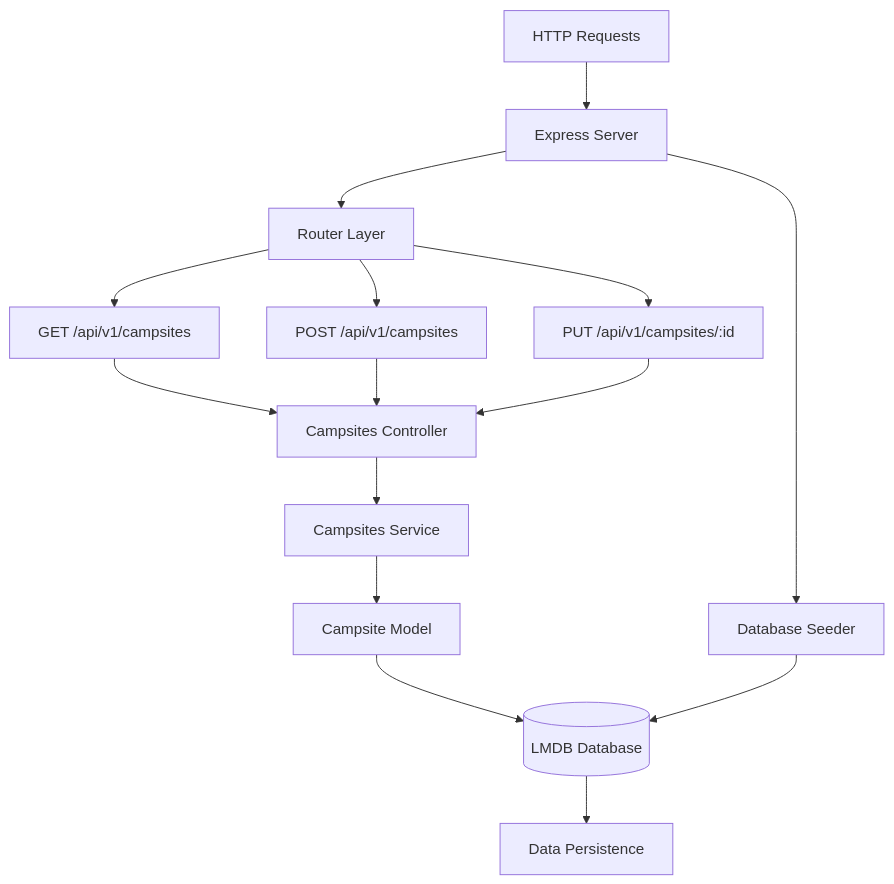
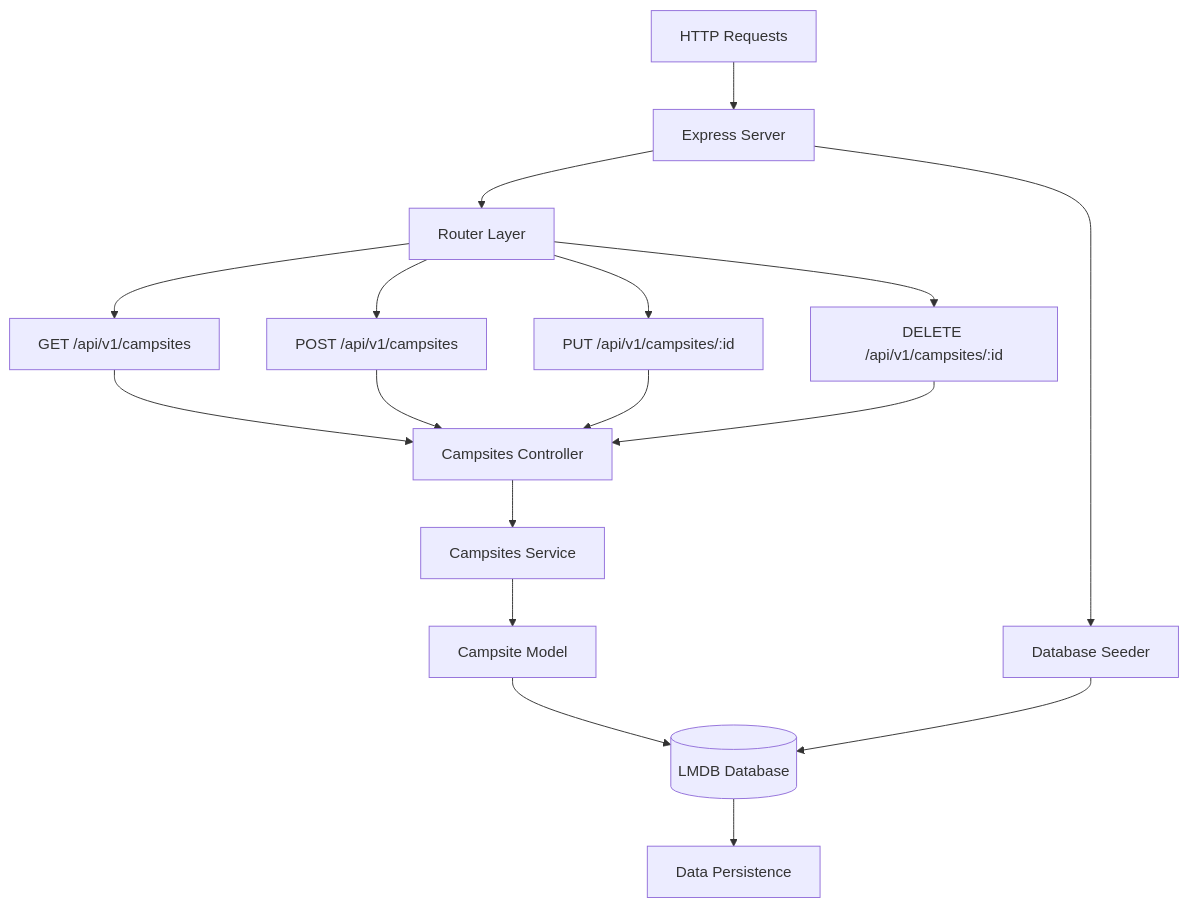
The second of 2 diagrams in README.md (baileydunning/campsights), drawn with Mermaid before and after one commit. The commit also changed other lines of this file, not shown here.

````diff
--- a/README.md
+++ b/README.md
@@ -74,22 +78,24 @@
 ```mermaid
 flowchart TD
     A[HTTP Requests] --> B[Express Server]
     B --> C[Router Layer]
     
     C --> D[GET /api/v1/campsites]
     C --> E[POST /api/v1/campsites]
     C --> F[PUT /api/v1/campsites/:id]
+    C --> G[DELETE /api/v1/campsites/:id]
     
-    D --> G[Campsites Controller]
-    E --> G
-    F --> G
+    D --> H[Campsites Controller]
+    E --> H
+    F --> H
+    G --> H
     
-    G --> H[Campsites Service]
-    H --> I[Campsite Model]
-    I --> J[(LMDB Database)]
+    H --> I[Campsites Service]
+    I --> J[Campsite Model]
+    J --> K[(LMDB Database)]
     
-    B --> K[Database Seeder]
-    K --> J
+    B --> L[Database Seeder]
+    L --> K
     
-    J --> L[Data Persistence]
+    K --> M[Data Persistence]
 ```
````
